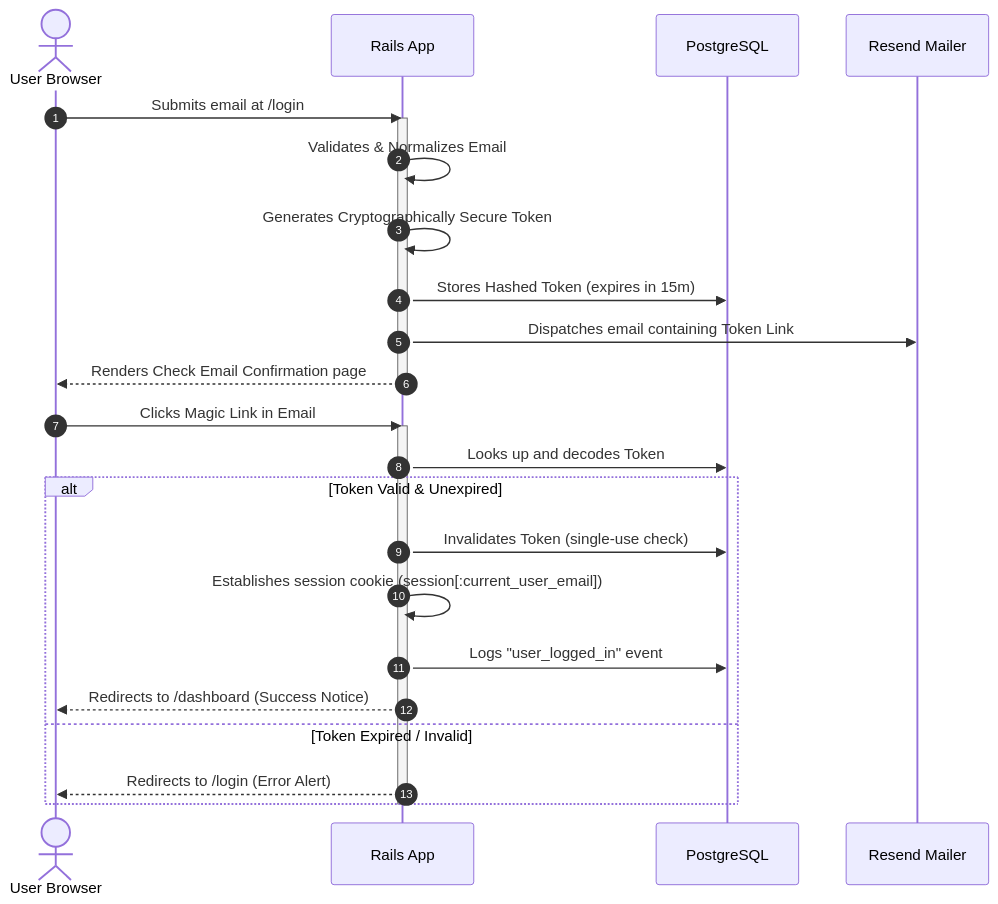
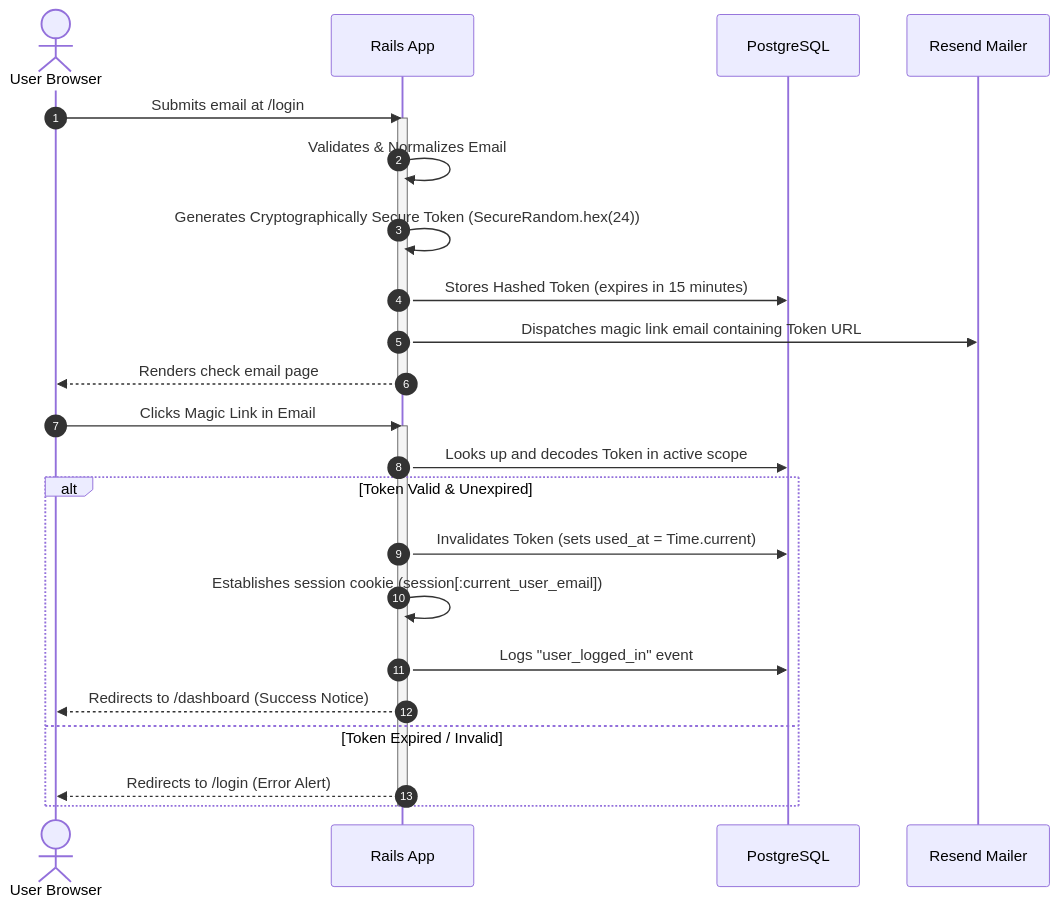
One commit to nmenag/time_echo changed the second of 5 diagrams in docs/architecture.md. Above: the diagram before and after it, drawn with Mermaid. The commit also changed other lines of this file and 14 other files, not shown here.

Commit message:
fix: fix up active email

````diff
--- a/docs/architecture.md
+++ b/docs/architecture.md
@@ -51,30 +108,30 @@
 ```mermaid
 sequenceDiagram
     autonumber
     actor User as User Browser
     participant App as Rails App
     participant DB as PostgreSQL
     participant SMTP as Resend Mailer
 
     User->>App: Submits email at /login
     activate App
     App->>App: Validates & Normalizes Email
-    App->>App: Generates Cryptographically Secure Token
-    App->>DB: Stores Hashed Token (expires in 15m)
-    App->>SMTP: Dispatches email containing Token Link
-    App-->>User: Renders Check Email Confirmation page
+    App->>App: Generates Cryptographically Secure Token (SecureRandom.hex(24))
+    App->>DB: Stores Hashed Token (expires in 15 minutes)
+    App->>SMTP: Dispatches magic link email containing Token URL
+    App-->>User: Renders check email page
     deactivate App
 
     User->>App: Clicks Magic Link in Email
     activate App
-    App->>DB: Looks up and decodes Token
+    App->>DB: Looks up and decodes Token in active scope
     alt Token Valid & Unexpired
-        App->>DB: Invalidates Token (single-use check)
+        App->>DB: Invalidates Token (sets used_at = Time.current)
         App->>App: Establishes session cookie (session[:current_user_email])
         App->>DB: Logs "user_logged_in" event
         App-->>User: Redirects to /dashboard (Success Notice)
     else Token Expired / Invalid
         App-->>User: Redirects to /login (Error Alert)
     end
     deactivate App
 ```
````
